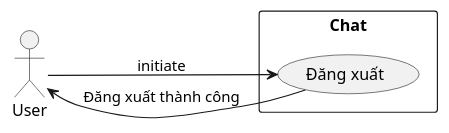
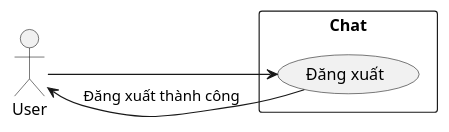
Before and after one commit to phamsyhung2110/project-hust: the diagram in uml/usecase_logout.puml, drawn with PlantUML. The commit also changed 8 other files, not shown here.

Commit message:
edit uml

```diff
--- a/uml/usecase_logout.puml
+++ b/uml/usecase_logout.puml
@@ -1,10 +1,10 @@
 @startuml
 left to right direction
 
 actor User
 rectangle Chat {
     usecase "Đăng xuất" as Logout
-    User --> Logout: initiate
+    User --> Logout
     Logout --> User: Đăng xuất thành công
 }
 @enduml
```
